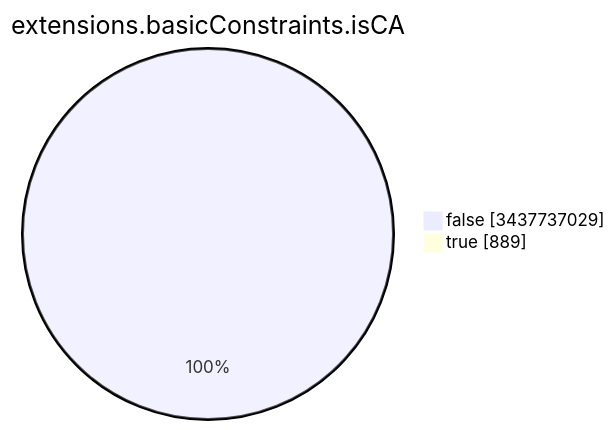
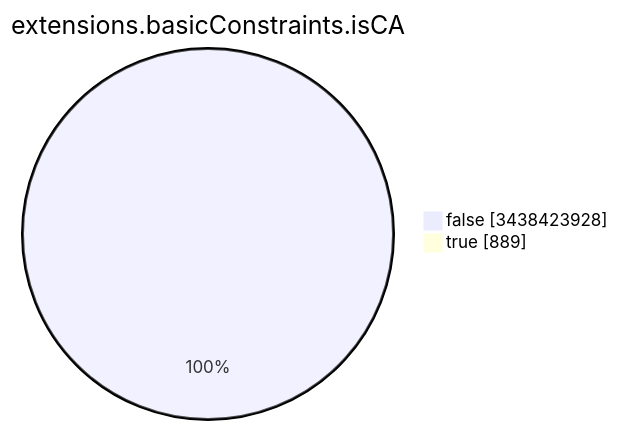
The seventh of 15 diagrams in TOTAL/README.md (christiankrug/ctmonitor_visualization), drawn with Mermaid before and after one commit. The commit also changed other lines of this file, not shown here.

````diff
--- a/TOTAL/README.md
+++ b/TOTAL/README.md
@@ -3092,6 +3092,6 @@
 ```mermaid
 pie showData
 title extensions.basicConstraints.isCA
-"false" :3437737029
+"false" :3438423928
 "true" :889
 ```
````
